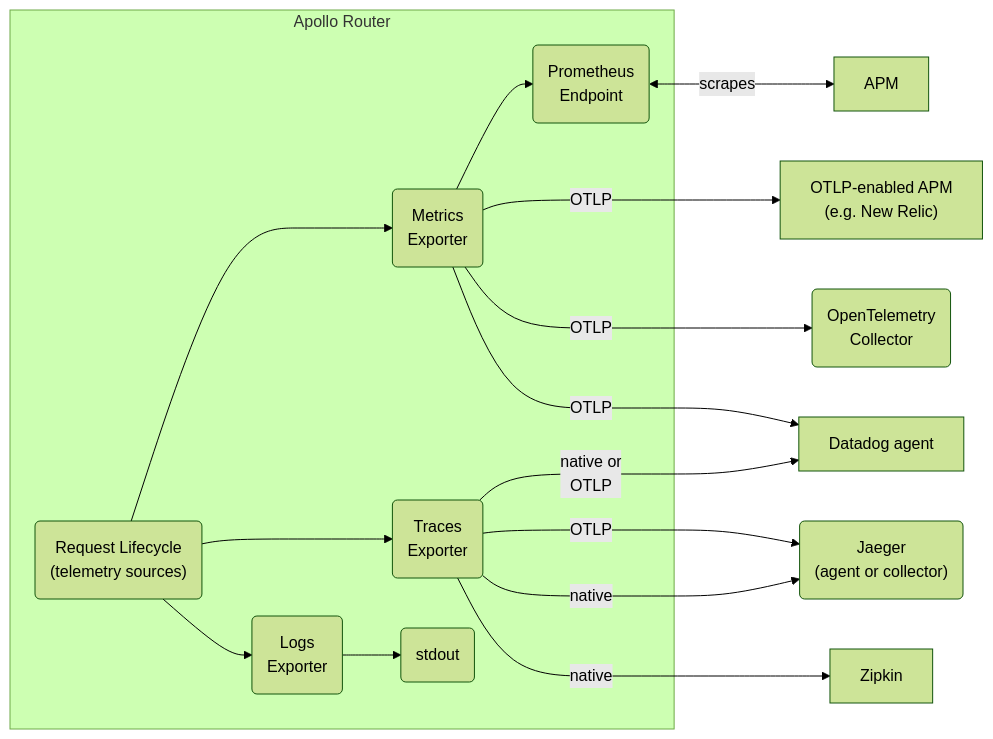
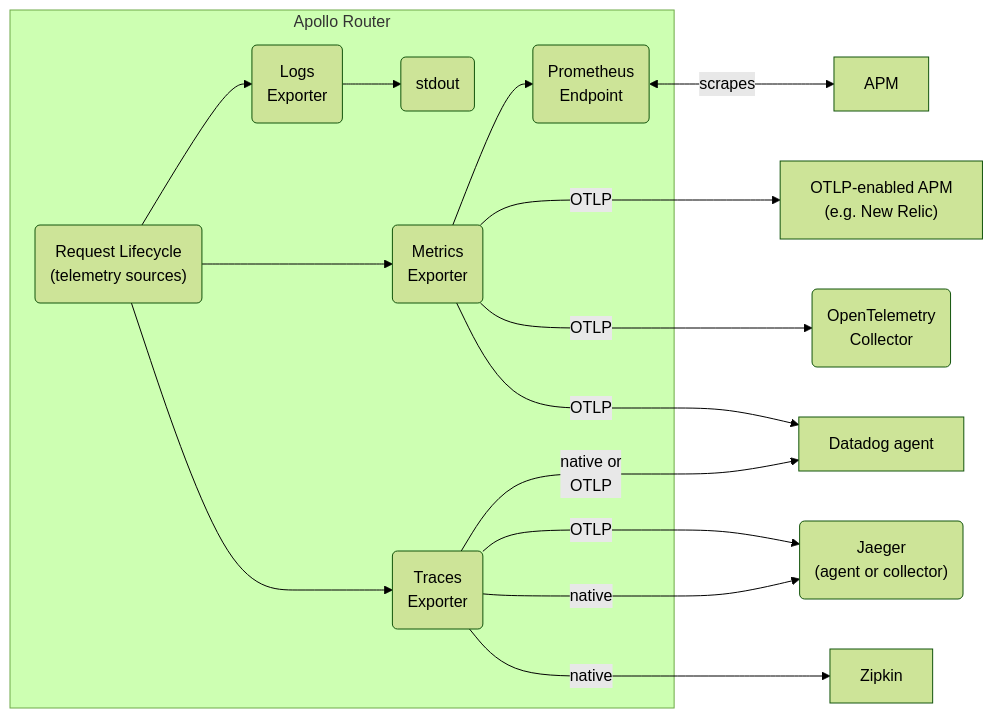
One commit to apollographql/router changed the diagram in docs/source/configuration/telemetry/overview.mdx. Above: the diagram before and after it, drawn with Mermaid (forest theme). The commit also changed other lines of this file, not shown here.

````diff
--- a/docs/source/configuration/telemetry/overview.mdx
+++ b/docs/source/configuration/telemetry/overview.mdx
@@ -12,35 +32,33 @@
 ```mermaid
 flowchart LR
     subgraph Apollo Router
     lifecycle("Request Lifecycle<br/>(telemetry sources)")
+    logs_exporter("Logs<br/>Exporter")
+        terminal(stdout)
     metrics_exporter("Metrics<br/>Exporter")
     traces_exporter("Traces<br/>Exporter")
-    logs_exporter("Logs<br/>Exporter")
     prometheus("Prometheus<br/>Endpoint")
-    terminal(stdout)
-    
-    lifecycle--->metrics_exporter
+
+    lifecycle-->logs_exporter-->terminal
+    lifecycle--->metrics_exporter-->prometheus
     lifecycle--->traces_exporter
-    lifecycle-->logs_exporter
-    logs_exporter-->terminal
-    metrics_exporter-->prometheus
     end
 
     otlp_apm["OTLP-enabled APM<br/>(e.g. New Relic)"]
     zipkin[Zipkin]
     datadog[Datadog agent]
     apm1[APM]
     collector("OpenTelemetry<br/>Collector")
     jaeger("Jaeger<br/>(agent or collector)")
 
 
     metrics_exporter--"OTLP"--->otlp_apm
     metrics_exporter--"OTLP"--->collector
     metrics_exporter--"OTLP"--->datadog
     traces_exporter--"OTLP"--->jaeger
     traces_exporter--"native or<br/>OTLP"-->datadog
     traces_exporter--"native"-->jaeger
     traces_exporter--"native"--->zipkin
     prometheus<--"scrapes"-->apm1
 
 ```
````
